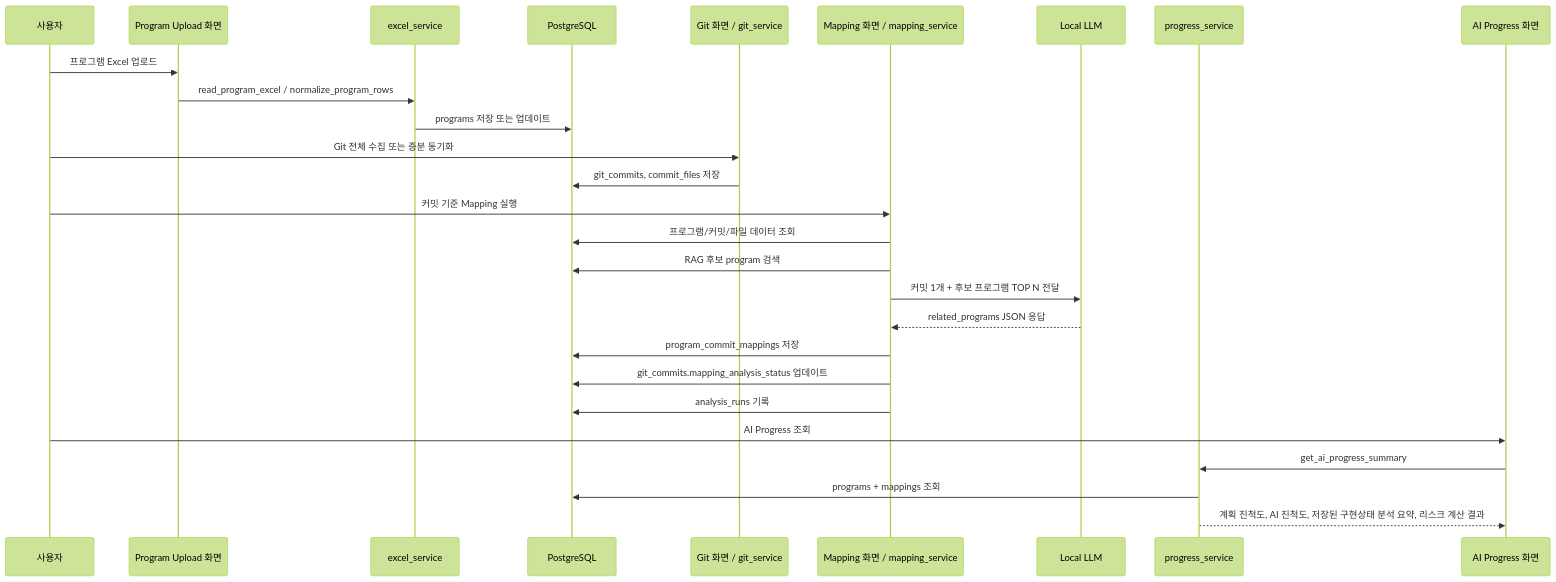
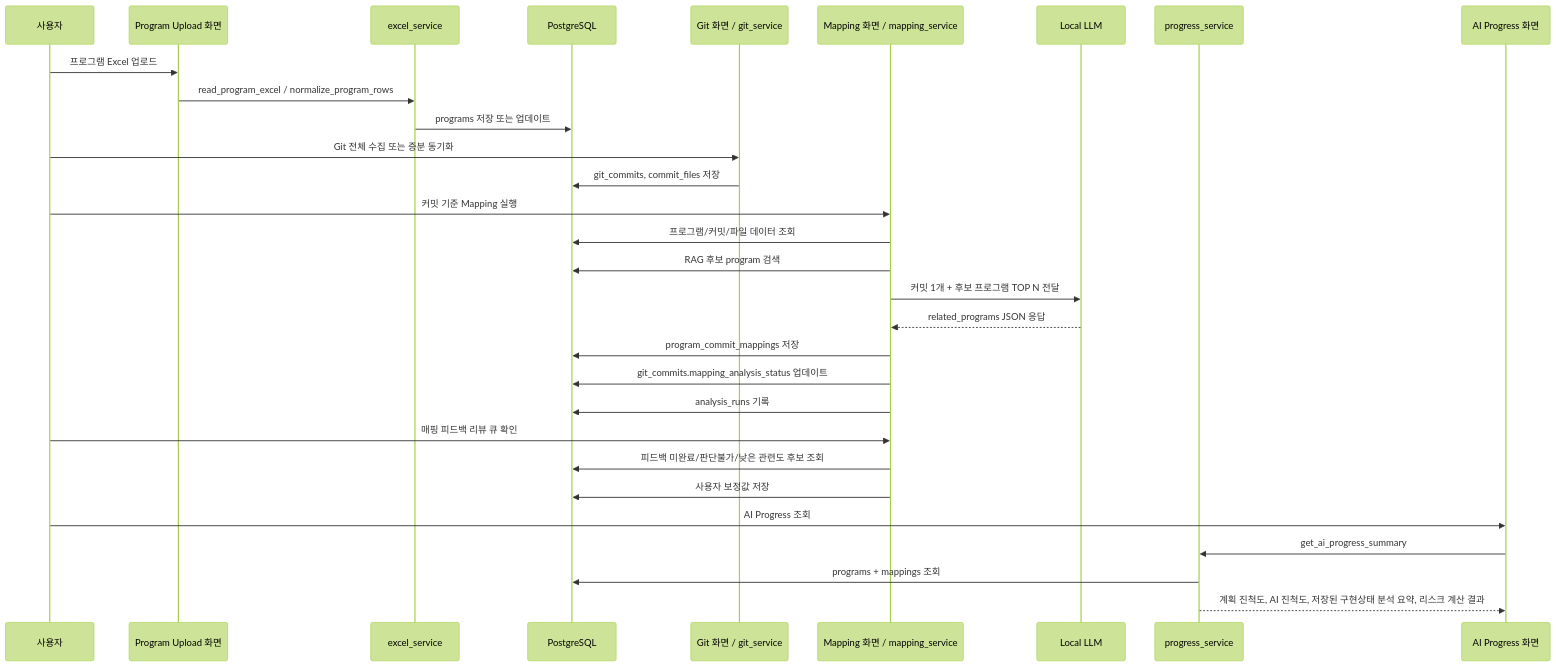
One commit to ino5/ai-commit-advisor-26 changed the fourth of 7 diagrams in README_ARCHITECTURE.md. Above: the diagram before and after it, drawn with Mermaid (forest theme). The commit also changed other lines of this file and 2 other files, not shown here.

Commit message:
Document mapping feedback review queue

````diff
--- a/README_ARCHITECTURE.md
+++ b/README_ARCHITECTURE.md
@@ -323,33 +326,36 @@
 ```mermaid
 sequenceDiagram
     participant User as 사용자
     participant Upload as Program Upload 화면
     participant Excel as excel_service
     participant DB as PostgreSQL
     participant Git as Git 화면 / git_service
     participant Mapping as Mapping 화면 / mapping_service
     participant LLM as Local LLM
     participant Progress as progress_service
     participant AIPage as AI Progress 화면
 
     User->>Upload: 프로그램 Excel 업로드
     Upload->>Excel: read_program_excel / normalize_program_rows
     Excel->>DB: programs 저장 또는 업데이트
 
     User->>Git: Git 전체 수집 또는 증분 동기화
     Git->>DB: git_commits, commit_files 저장
 
     User->>Mapping: 커밋 기준 Mapping 실행
     Mapping->>DB: 프로그램/커밋/파일 데이터 조회
     Mapping->>DB: RAG 후보 program 검색
     Mapping->>LLM: 커밋 1개 + 후보 프로그램 TOP N 전달
     LLM-->>Mapping: related_programs JSON 응답
     Mapping->>DB: program_commit_mappings 저장
     Mapping->>DB: git_commits.mapping_analysis_status 업데이트
     Mapping->>DB: analysis_runs 기록
+    User->>Mapping: 매핑 피드백 리뷰 큐 확인
+    Mapping->>DB: 피드백 미완료/판단불가/낮은 관련도 후보 조회
+    Mapping->>DB: 사용자 보정값 저장
 
     User->>AIPage: AI Progress 조회
     AIPage->>Progress: get_ai_progress_summary
     Progress->>DB: programs + mappings 조회
     Progress-->>AIPage: 계획 진척도, AI 진척도, 저장된 구현상태 분석 요약, 리스크 계산 결과
 ```
````
